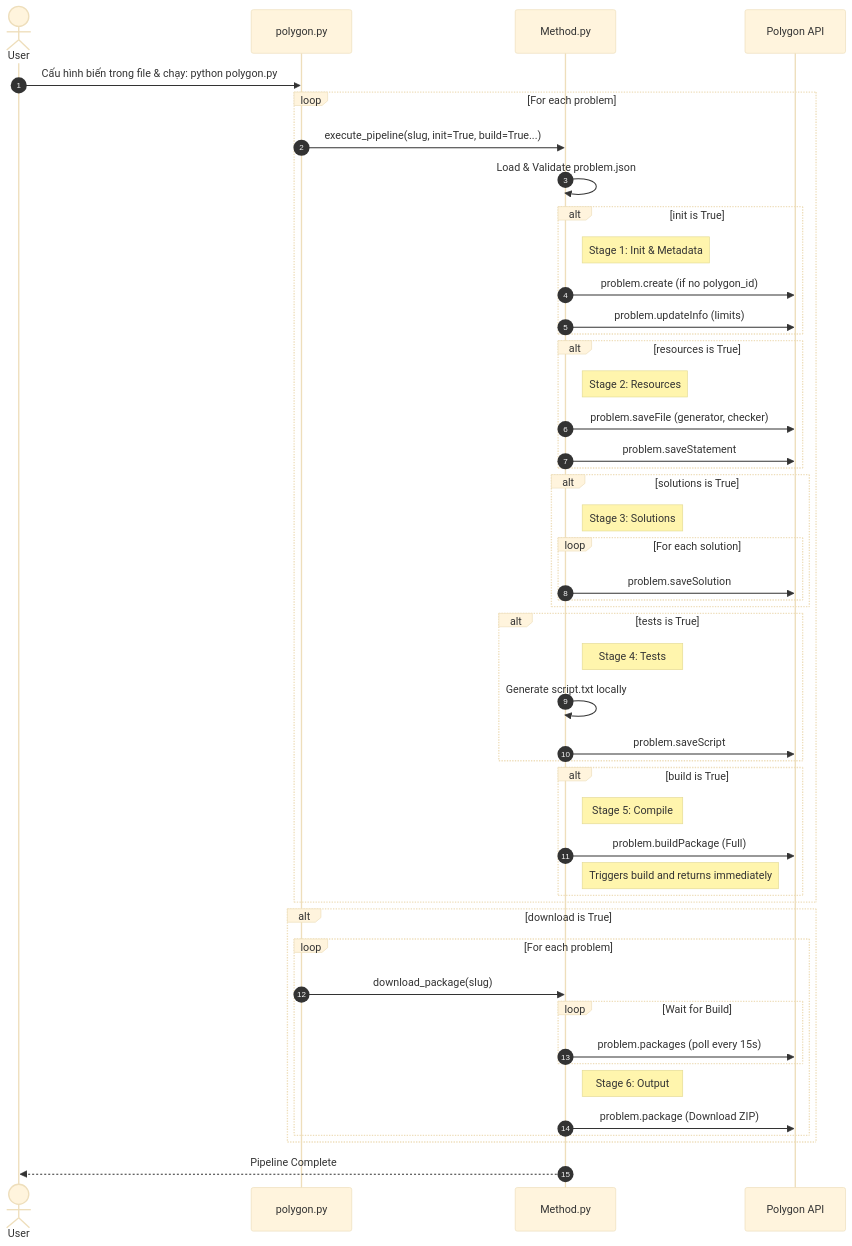
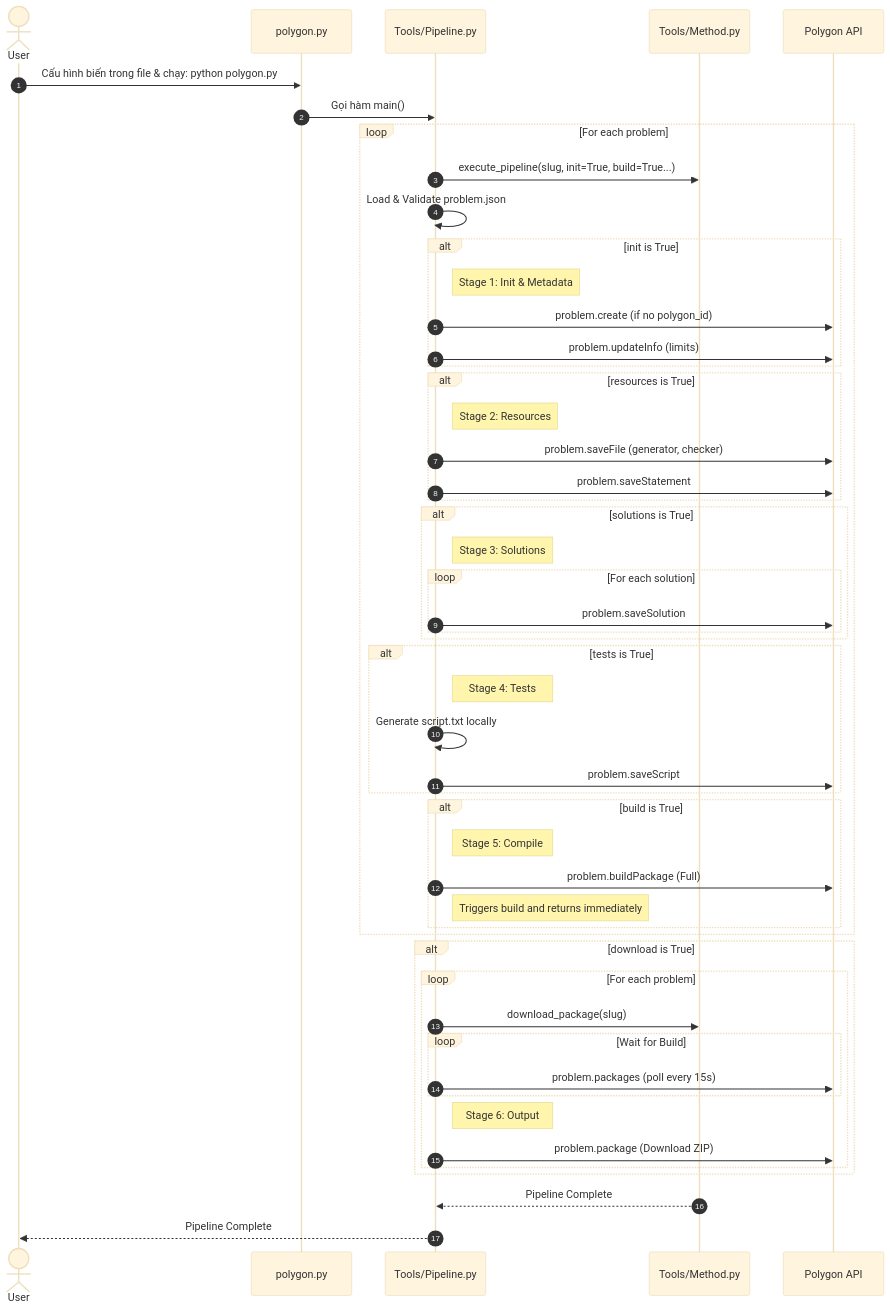
One commit to npdwuy/polygon-cli changed the second of 3 diagrams in Architecture.md. Above: the diagram before and after it, drawn with Mermaid (base theme). The commit also changed other lines of this file and 1 other file, not shown here.

````diff
--- a/Architecture.md
+++ b/Architecture.md
@@ -205,59 +206,62 @@
 ```mermaid
 sequenceDiagram
     autonumber
     actor User
-    participant CLI as polygon.py
-    participant Pipeline as Method.py
+    participant Entry as polygon.py
+    participant Pipeline as Tools/Pipeline.py
+    participant Method as Tools/Method.py
     participant Polygon as Polygon API
 
-    User->>CLI: Cấu hình biến trong file & chạy: python polygon.py
+    User->>Entry: Cấu hình biến trong file & chạy: python polygon.py
+    Entry->>Pipeline: Gọi hàm main()
     
     loop For each problem
-        CLI->>Pipeline: execute_pipeline(slug, init=True, build=True...)
+        Pipeline->>Method: execute_pipeline(slug, init=True, build=True...)
         Pipeline->>Pipeline: Load & Validate problem.json
         
         alt init is True
             Note right of Pipeline: Stage 1: Init & Metadata
             Pipeline->>Polygon: problem.create (if no polygon_id)
             Pipeline->>Polygon: problem.updateInfo (limits)
         end
         
         alt resources is True
             Note right of Pipeline: Stage 2: Resources
             Pipeline->>Polygon: problem.saveFile (generator, checker)
             Pipeline->>Polygon: problem.saveStatement
         end
         
         alt solutions is True
             Note right of Pipeline: Stage 3: Solutions
             loop For each solution
                 Pipeline->>Polygon: problem.saveSolution
             end
         end
         
         alt tests is True
             Note right of Pipeline: Stage 4: Tests
             Pipeline->>Pipeline: Generate script.txt locally
             Pipeline->>Polygon: problem.saveScript
         end
         
         alt build is True
             Note right of Pipeline: Stage 5: Compile
             Pipeline->>Polygon: problem.buildPackage (Full)
             Note right of Pipeline: Triggers build and returns immediately
         end
     end
     
     alt download is True
         loop For each problem
-            CLI->>Pipeline: download_package(slug)
+            Pipeline->>Method: download_package(slug)
             loop Wait for Build
                 Pipeline->>Polygon: problem.packages (poll every 15s)
             end
             Note right of Pipeline: Stage 6: Output
             Pipeline->>Polygon: problem.package (Download ZIP)
         end
     end
     
+    Method-->>Pipeline: Pipeline Complete
     Pipeline-->>User: Pipeline Complete
 ```
````
